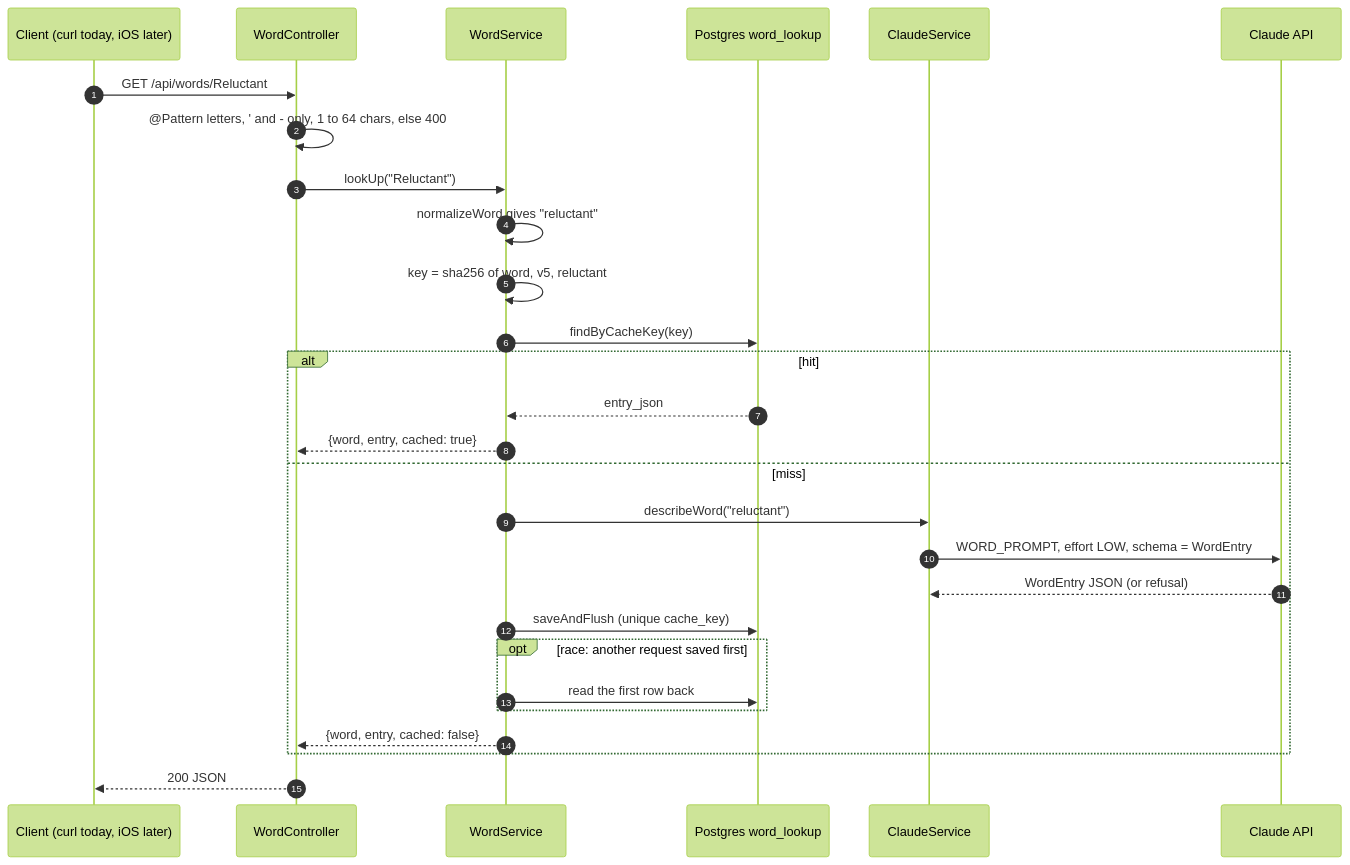
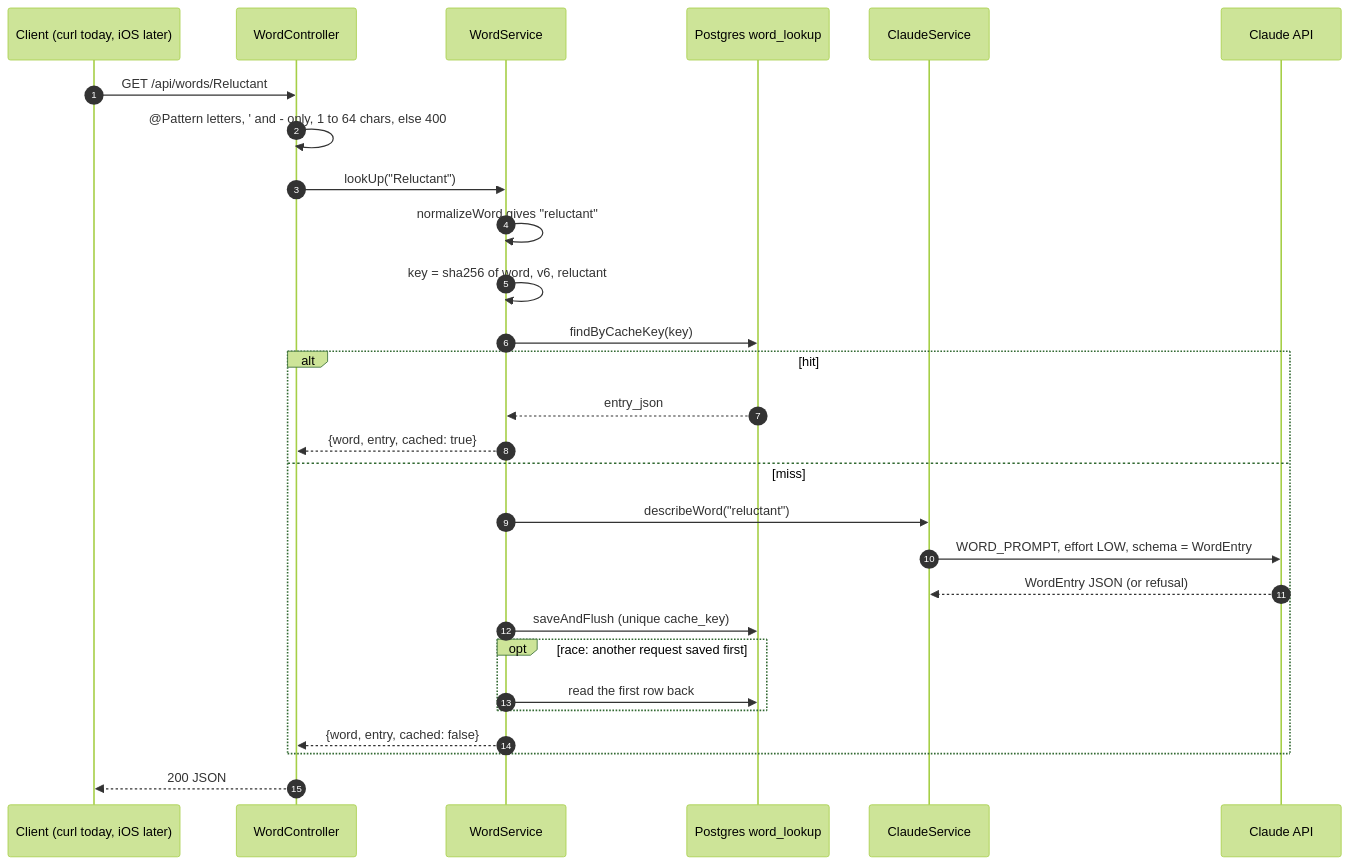
One commit to tranphuocloc070699/saynata changed the second of 3 diagrams in backlog/docs/features/doc-5 - Word-lookup.md. Above: the diagram before and after it, drawn with Mermaid (forest theme). The commit also changed other lines of this file and 27 other files, not shown here.

````diff
--- a/backlog/docs/features/doc-5 - Word-lookup.md
+++ b/backlog/docs/features/doc-5 - Word-lookup.md
@@ -41,31 +41,31 @@
 ```mermaid
 sequenceDiagram
     autonumber
     participant App as Client (curl today, iOS later)
     participant WC as WordController
     participant WS as WordService
     participant DB as Postgres word_lookup
     participant CS as ClaudeService
     participant CL as Claude API
 
     App->>WC: GET /api/words/Reluctant
     WC->>WC: @Pattern letters, ' and - only, 1 to 64 chars, else 400
     WC->>WS: lookUp("Reluctant")
     WS->>WS: normalizeWord gives "reluctant"
-    WS->>WS: key = sha256 of word, v5, reluctant
+    WS->>WS: key = sha256 of word, v6, reluctant
     WS->>DB: findByCacheKey(key)
     alt hit
         DB-->>WS: entry_json
         WS-->>WC: {word, entry, cached: true}
     else miss
         WS->>CS: describeWord("reluctant")
         CS->>CL: WORD_PROMPT, effort LOW, schema = WordEntry
         CL-->>CS: WordEntry JSON (or refusal)
         WS->>DB: saveAndFlush (unique cache_key)
         opt race: another request saved first
             WS->>DB: read the first row back
         end
         WS-->>WC: {word, entry, cached: false}
     end
     WC-->>App: 200 JSON
 ```
````
